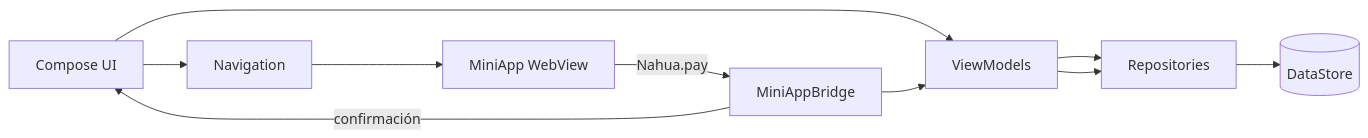
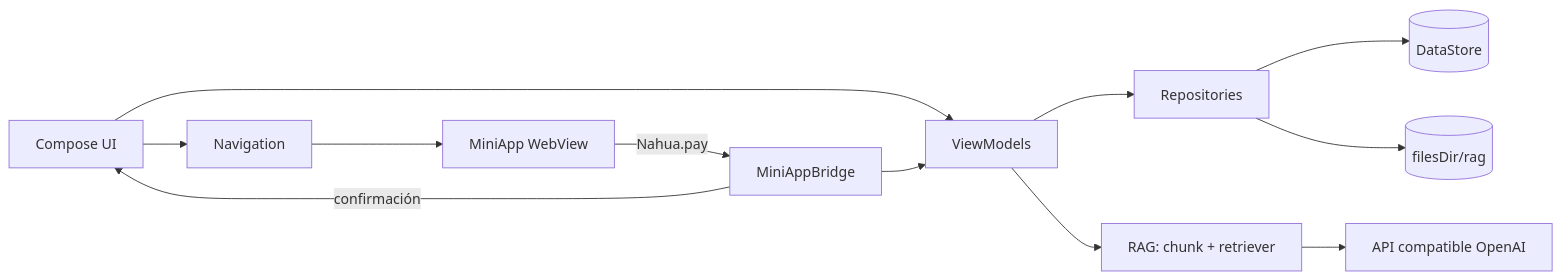
One commit to ruffol/nahua-superapp changed the diagram in README.md. Above: the diagram before and after it, drawn with Mermaid. The commit also changed other lines of this file and 38 other files, not shown here.

````diff
--- a/README.md
+++ b/README.md
@@ -80,12 +93,14 @@
 ```mermaid
 flowchart LR
     UI[Compose UI] --> VM[ViewModels]
     VM --> REPO[Repositories]
     REPO --> DS[(DataStore)]
+    REPO --> FILES[(filesDir/rag)]
     UI --> NAV[Navigation]
     NAV --> WEB[MiniApp WebView]
     WEB -- Nahua.pay --> BRIDGE[MiniAppBridge]
     BRIDGE -- confirmación --> UI
     BRIDGE --> VM
-    VM --> REPO
+    VM --> RAG[RAG: chunk + retriever]
+    RAG --> LLM[API compatible OpenAI]
 ```
````
